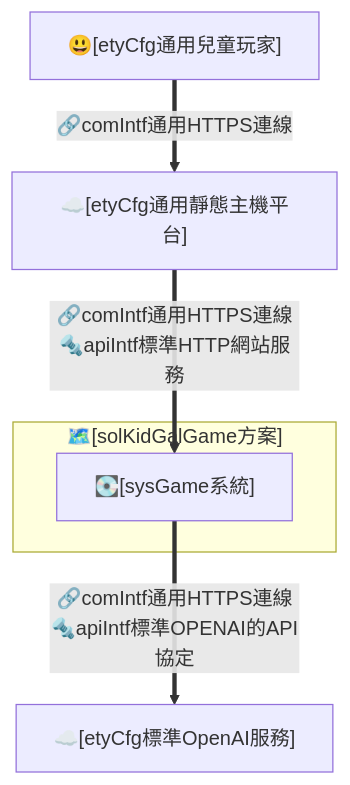
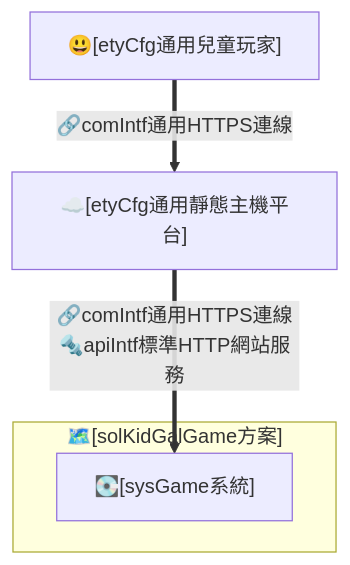
The first of 5 diagrams in docs/design.md (twStellerWhale-Ocean2/solKidGalGame1), drawn with Mermaid before and after one commit. The commit also changed other lines of this file and 14 other files, not shown here.

````diff
--- a/docs/design.md
+++ b/docs/design.md
@@ -33,15 +33,13 @@
 ```mermaid
 flowchart TB
 
 USR["😃[etyCfg通用兒童玩家]"]
 HOST["☁️[etyCfg通用靜態主機平台]"]
-OPENAI["☁️[etyCfg標準OpenAI服務]"]
 
 subgraph SOL["🗺️[solKidGalGame方案]"]
   SYS["💽[sysGame系統]"]
 end
 
 USR ==>|"🔗comIntf通用HTTPS連線"| HOST
 HOST ==>|"🔗comIntf通用HTTPS連線<br/>🔩apiIntf標準HTTP網站服務"| SYS
-SYS ==>|"🔗comIntf通用HTTPS連線<br/>🔩apiIntf標準OPENAI的API協定"| OPENAI
 ```
````
